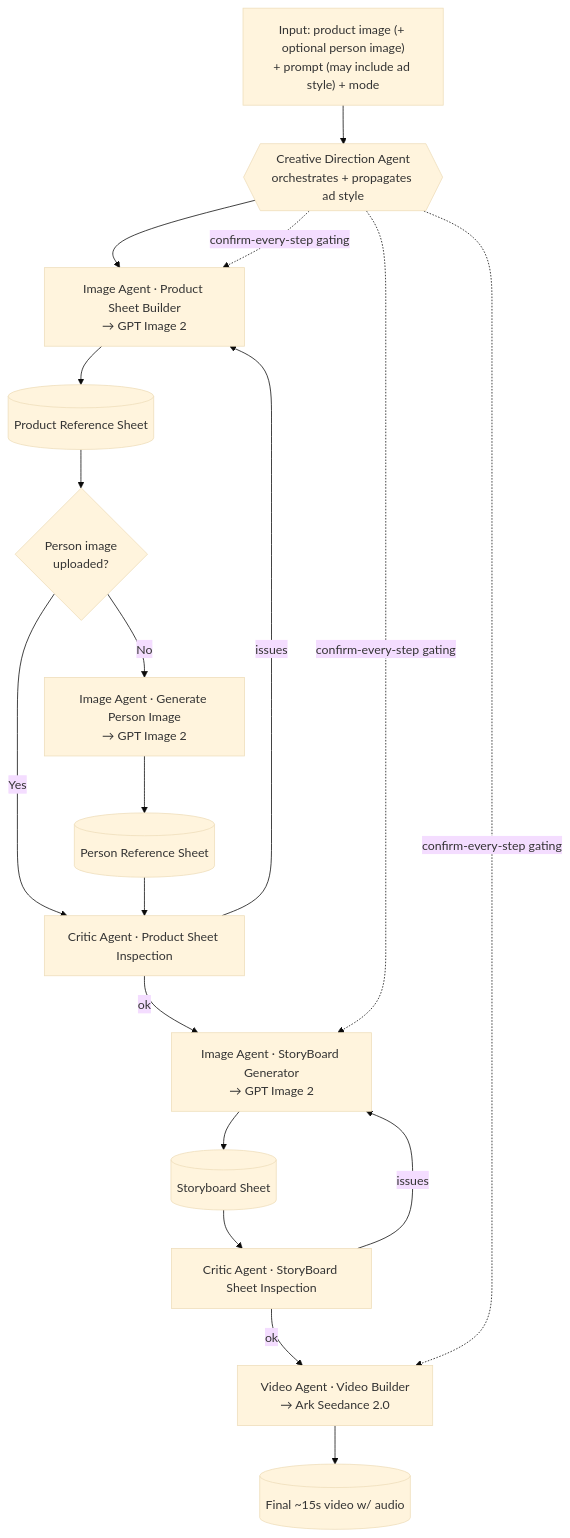
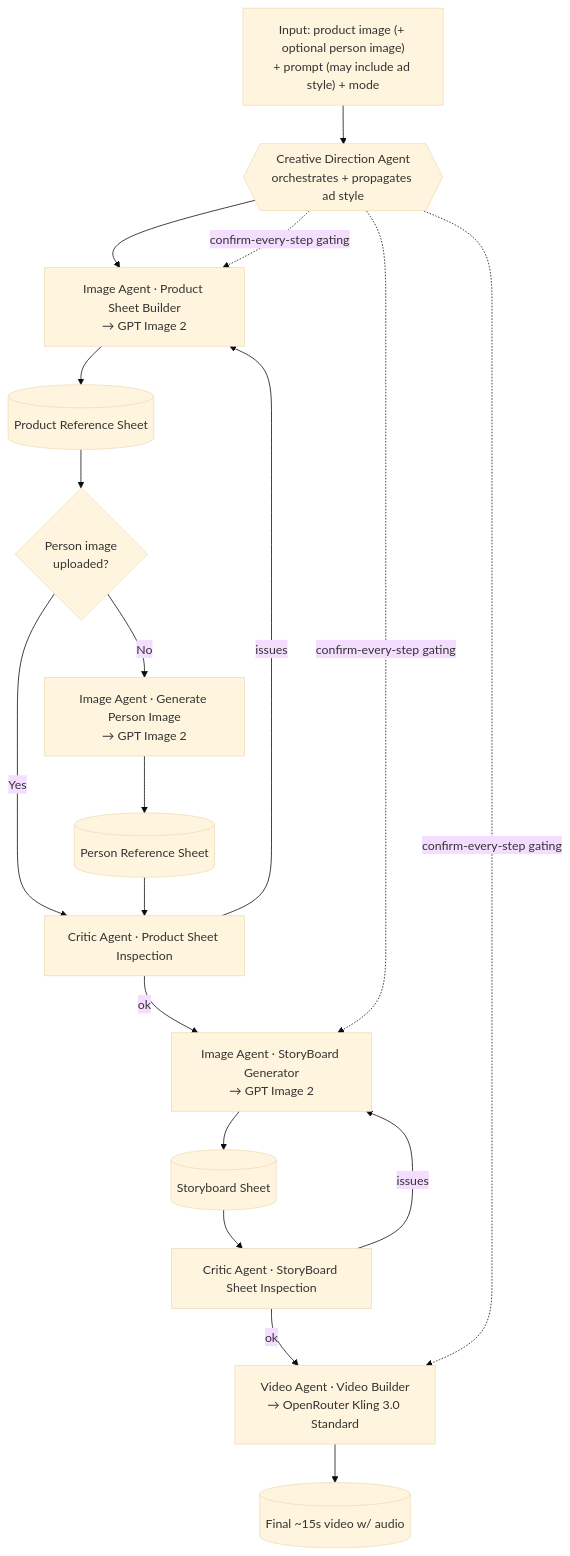
One commit to ExploitEngineer/ugc-video-system changed the diagram in SPEC.md. Above: the diagram before and after it, drawn with Mermaid (base theme). The commit also changed other lines of this file and 19 other files, not shown here.

First line of the commit message:
feat(api): replace Seedance/BytePlus with OpenRouter Kling 3.0 Standard

````diff
--- a/SPEC.md
+++ b/SPEC.md
@@ -74,22 +74,22 @@
 ```mermaid
 flowchart TD
     A["Input: product image (+ optional person image)<br/>+ prompt (may include ad style) + mode"] --> CDA{{Creative Direction Agent<br/>orchestrates + propagates ad style}}
     CDA --> B["Image Agent · Product Sheet Builder<br/>→ GPT Image 2"]
     B --> PRS[(Product Reference Sheet)]
     PRS --> C{Person image<br/>uploaded?}
     C -- No --> D["Image Agent · Generate Person Image<br/>→ GPT Image 2"]
     D --> PERS[(Person Reference Sheet)]
     C -- Yes --> E
     PERS --> E["Critic Agent · Product Sheet Inspection"]
     E -- issues --> B
     E -- ok --> F["Image Agent · StoryBoard Generator<br/>→ GPT Image 2"]
     F --> SBS[(Storyboard Sheet)]
     SBS --> G["Critic Agent · StoryBoard Sheet Inspection"]
     G -- issues --> F
-    G -- ok --> H["Video Agent · Video Builder<br/>→ Ark Seedance 2.0"]
+    G -- ok --> H["Video Agent · Video Builder<br/>→ OpenRouter Kling 3.0 Standard"]
     H --> VID[(Final ~15s video w/ audio)]
 
     CDA -. confirm-every-step gating .-> B
     CDA -. confirm-every-step gating .-> F
     CDA -. confirm-every-step gating .-> H
 ```
````
